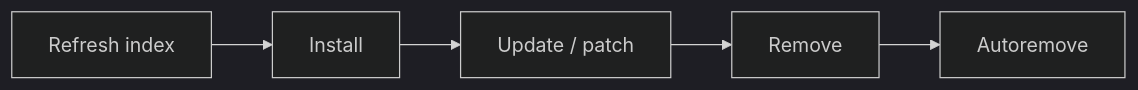
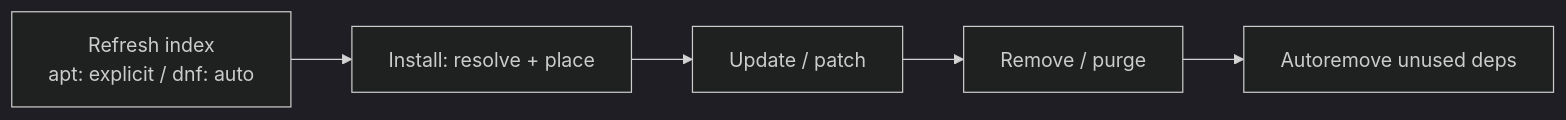
One commit to cloud-prakhar/learning-linux changed the diagram in 06-package-management/install-remove-update-packages.md. Above: the diagram before and after it, drawn with Mermaid (dark theme). The commit also changed other lines of this file and 69 other files, not shown here.

````diff
--- a/06-package-management/install-remove-update-packages.md
+++ b/06-package-management/install-remove-update-packages.md
@@ -36,7 +43,7 @@
 ```mermaid
 flowchart LR
-    Refresh[Refresh index] --> Install[Install]
+    Refresh[Refresh index<br/>apt: explicit / dnf: auto] --> Install[Install: resolve + place]
     Install --> Update[Update / patch]
-    Update --> Remove[Remove]
-    Remove --> Clean[Autoremove]
+    Update --> Remove[Remove / purge]
+    Remove --> Clean[Autoremove unused deps]
 ```
````
